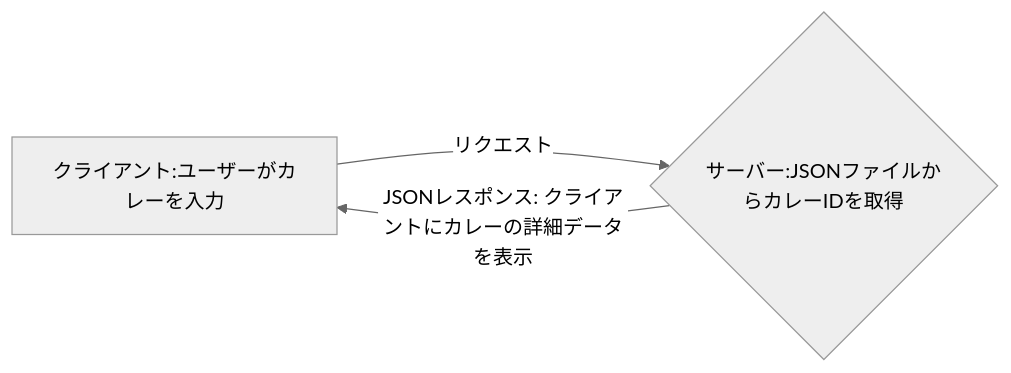
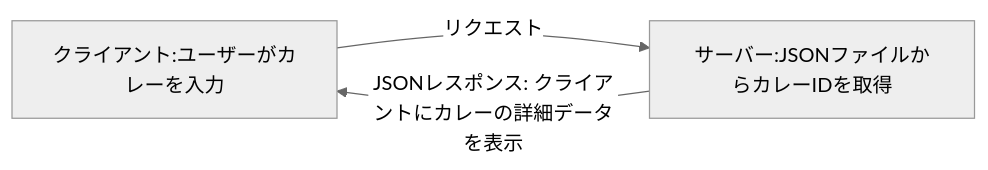
Before and after one commit to teamc-backendwebAPI/devlog: the diagram in README.md, drawn with Mermaid (neutral theme).

````diff
--- a/README.md
+++ b/README.md
@@ -87,5 +87,5 @@
 ```mermaid
 graph LR;
-    A[クライアント:ユーザーがカレーを入力] -- リクエスト --> B{サーバー:JSONファイルからカレーIDを取得};
+    A[クライアント:ユーザーがカレーを入力] -- リクエスト --> B[サーバー:JSONファイルからカレーIDを取得];
     B -- JSONレスポンス: クライアントにカレーの詳細データを表示 --> A;
 ```
````
